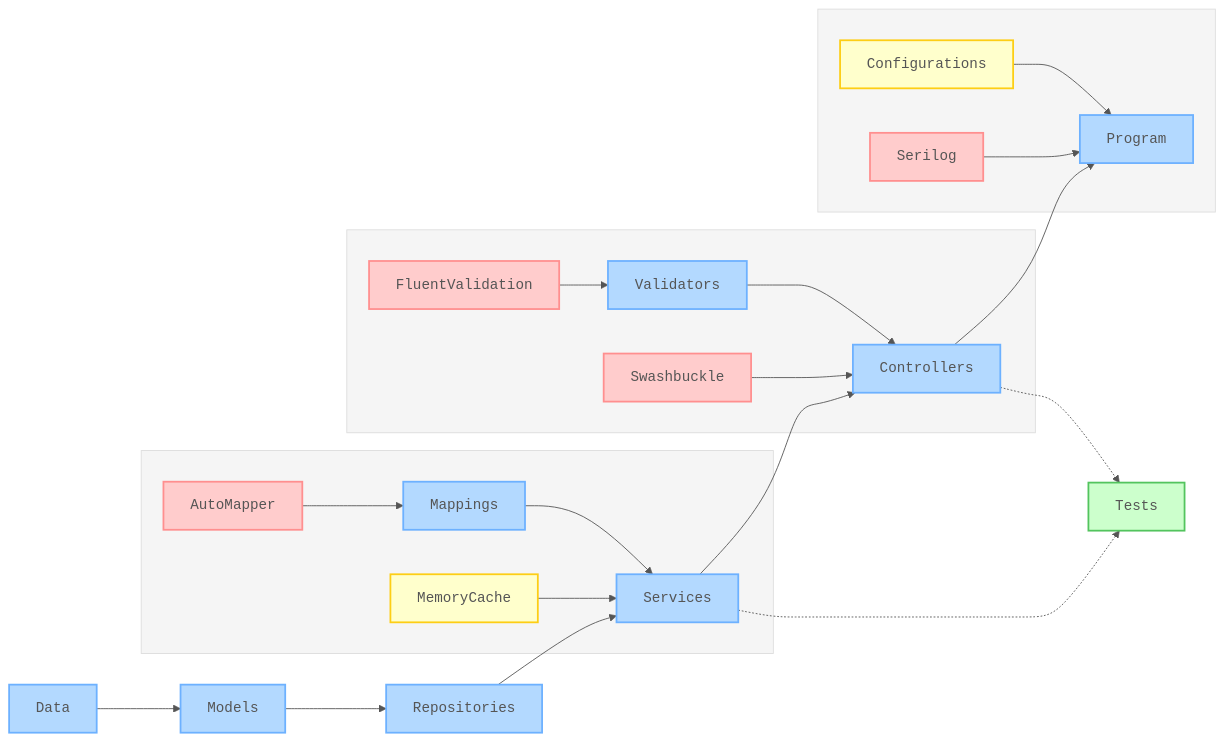
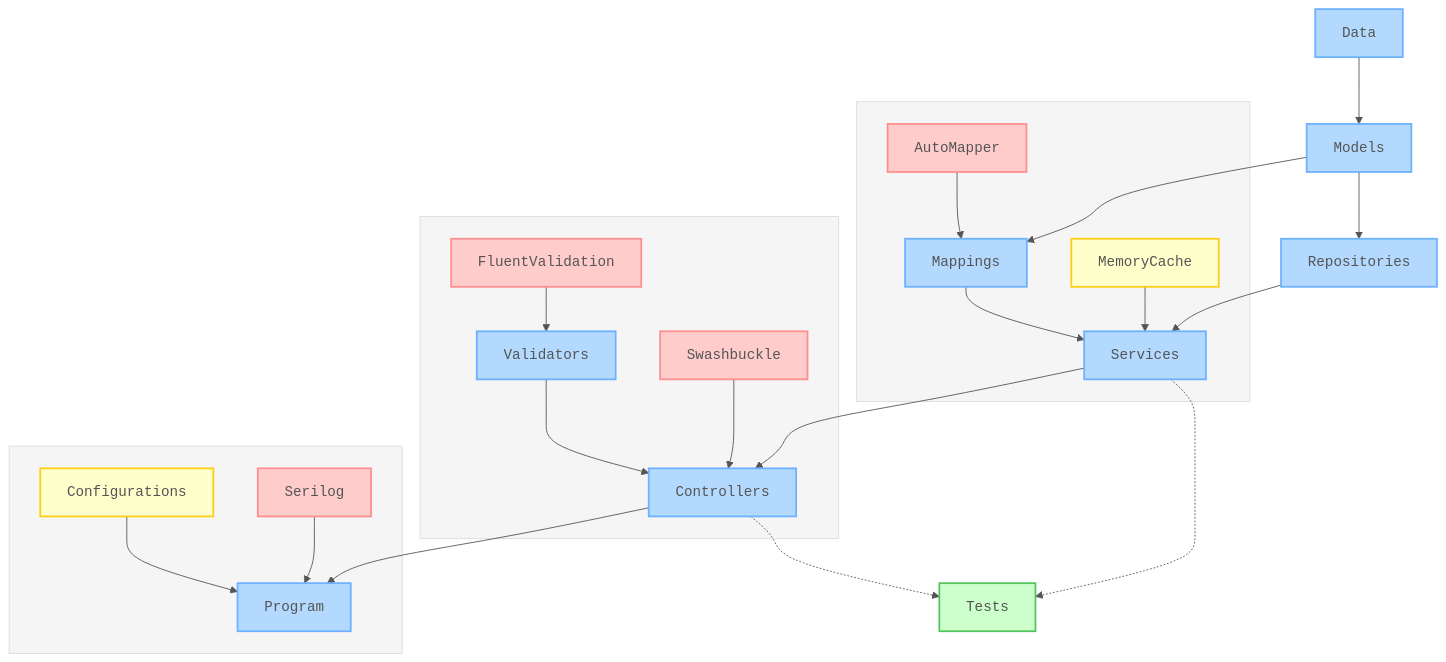
One commit to nanotaboada/Dotnet.Samples.AspNetCore.WebApi changed the diagram in README.md. Above: the diagram before and after it, drawn with Mermaid. The commit also changed other lines of this file, not shown here.

Commit message:
docs: refine architecture diagram layout and dependencies
- Change diagram orientation from left-right (LR) to top-bottom (TB)
- Add Models → Mappings dependency connection

  <198982749+Copilot@users.noreply.github.com>

```diff
--- a/README.md
+++ b/README.md
@@ -108,7 +108,7 @@
     "clusterBorder": "#ddd"
   }
 }}%%
-graph LR
+graph TB
     %% Layer 1: Data
     Data[Data]
 
@@ -152,6 +152,7 @@
     Controllers --> Program
 
     %% Layer connections
+    Models --> Mappings
     Validators --> Controllers
     Mappings --> Services
 
```
